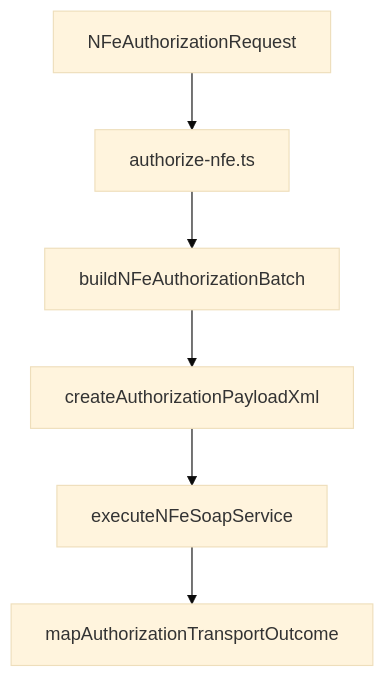
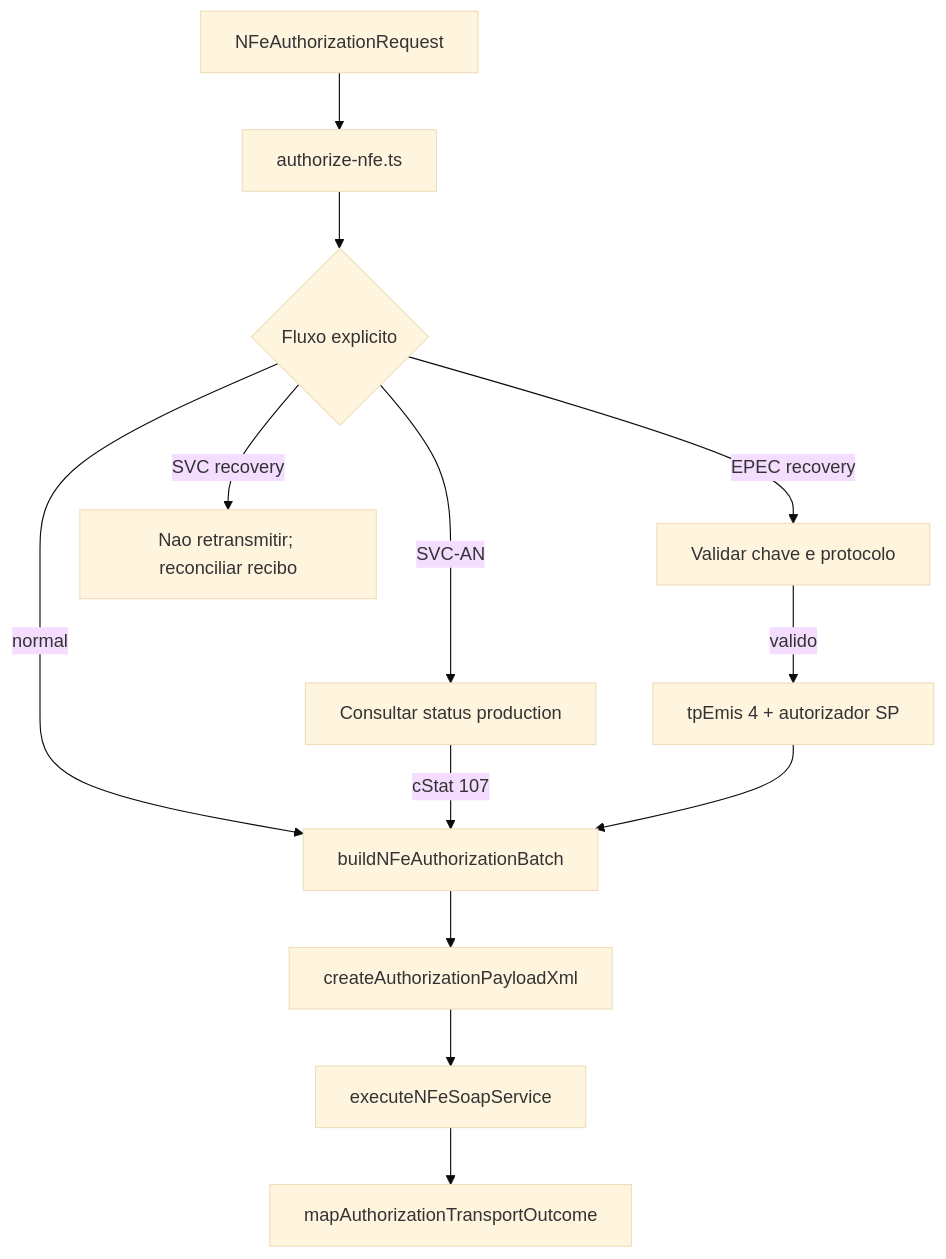
One commit to linkiez/nfe_sdk changed the diagram in src/canonical/nfe/authorize-nfe.doc.md. Above: the diagram before and after it, drawn with Mermaid (base theme). The commit also changed other lines of this file and 33 other files, not shown here.

````diff
--- a/src/canonical/nfe/authorize-nfe.doc.md
+++ b/src/canonical/nfe/authorize-nfe.doc.md
@@ -22,8 +23,15 @@
 ```mermaid
 flowchart TD
   A[NFeAuthorizationRequest] --> B[authorize-nfe.ts]
-  B --> C[buildNFeAuthorizationBatch]
-  C --> D[createAuthorizationPayloadXml]
-  D --> E[executeNFeSoapService]
-  E --> F[mapAuthorizationTransportOutcome]
+  B --> C{Fluxo explicito}
+  C -->|normal| D[buildNFeAuthorizationBatch]
+  C -->|SVC-AN| E[Consultar status production]
+  E -->|cStat 107| D
+  C -->|EPEC recovery| F[Validar chave e protocolo]
+  F -->|valido| G[tpEmis 4 + autorizador SP]
+  G --> D
+  C -->|SVC recovery| H[Nao retransmitir; reconciliar recibo]
+  D --> I[createAuthorizationPayloadXml]
+  I --> J[executeNFeSoapService]
+  J --> K[mapAuthorizationTransportOutcome]
 ```
````
